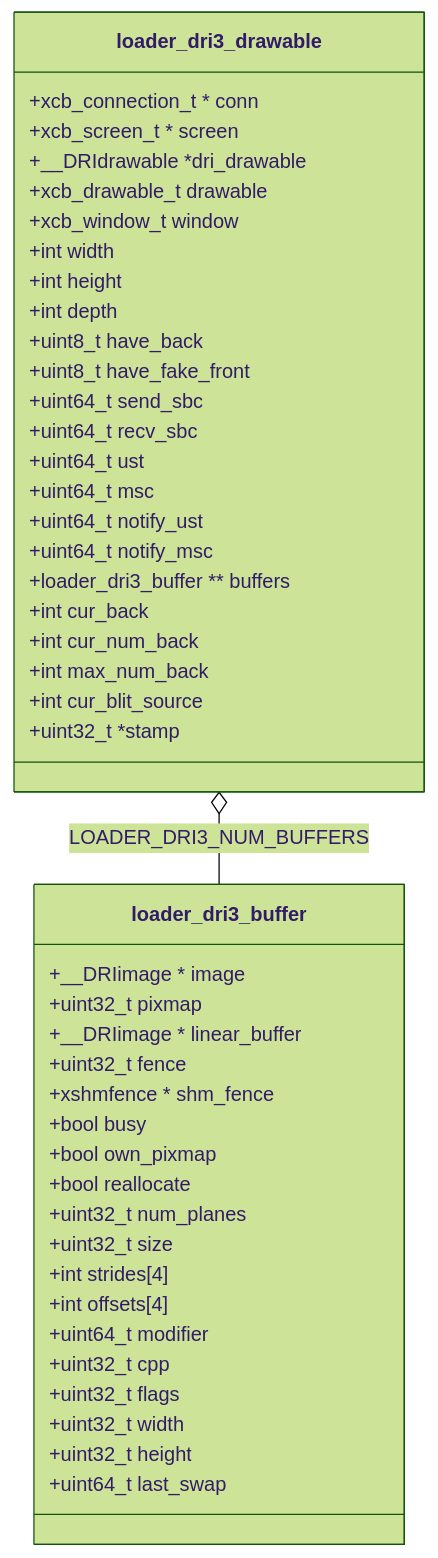
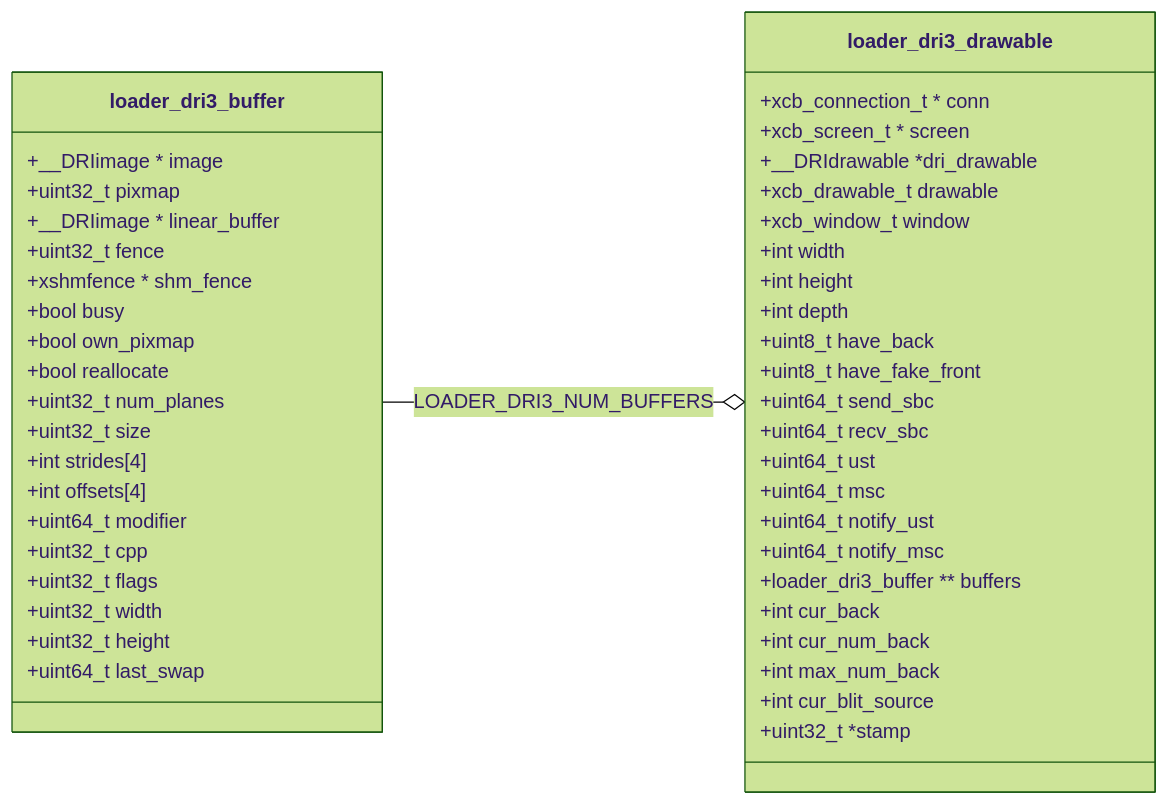
Before and after one commit to lucmann/lucmann.github.io: the first of 3 diagrams in source/_posts/gfx/dri3.md, drawn with Mermaid (forest theme).

Commit message:
gfx: dri3 setting the direction of class diagram

````diff
--- a/source/_posts/gfx/dri3.md
+++ b/source/_posts/gfx/dri3.md
@@ -24,48 +24,49 @@
 ```mermaid
 classDiagram
+    direction RL
     loader_dri3_drawable o-- loader_dri3_buffer : LOADER_DRI3_NUM_BUFFERS
     class loader_dri3_drawable{
         +xcb_connection_t * conn
         +xcb_screen_t * screen
         +__DRIdrawable *dri_drawable
         +xcb_drawable_t drawable
         +xcb_window_t window
         +int width
         +int height
         +int depth
         +uint8_t have_back
         +uint8_t have_fake_front
         +uint64_t send_sbc
         +uint64_t recv_sbc
         +uint64_t ust
         +uint64_t msc
         +uint64_t notify_ust
         +uint64_t notify_msc
         +loader_dri3_buffer ** buffers
         +int cur_back
         +int cur_num_back
         +int max_num_back
         +int cur_blit_source
         +uint32_t *stamp
     }
     class loader_dri3_buffer{
         +__DRIimage * image
         +uint32_t pixmap
         +__DRIimage * linear_buffer
         +uint32_t fence
         +xshmfence * shm_fence
         +bool busy
         +bool own_pixmap
         +bool reallocate
         +uint32_t num_planes
         +uint32_t size
         +int strides[4]
         +int offsets[4]
         +uint64_t modifier
         +uint32_t cpp
         +uint32_t flags
         +uint32_t width
         +uint32_t height
         +uint64_t last_swap
     }
 ```
````
